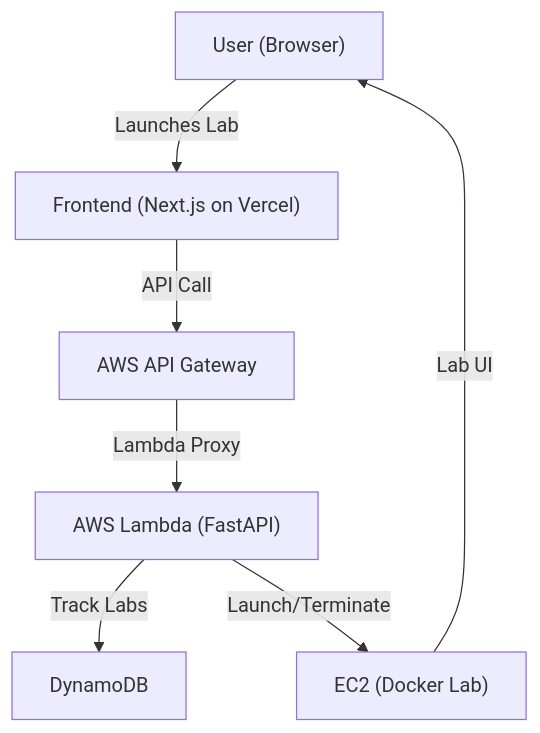
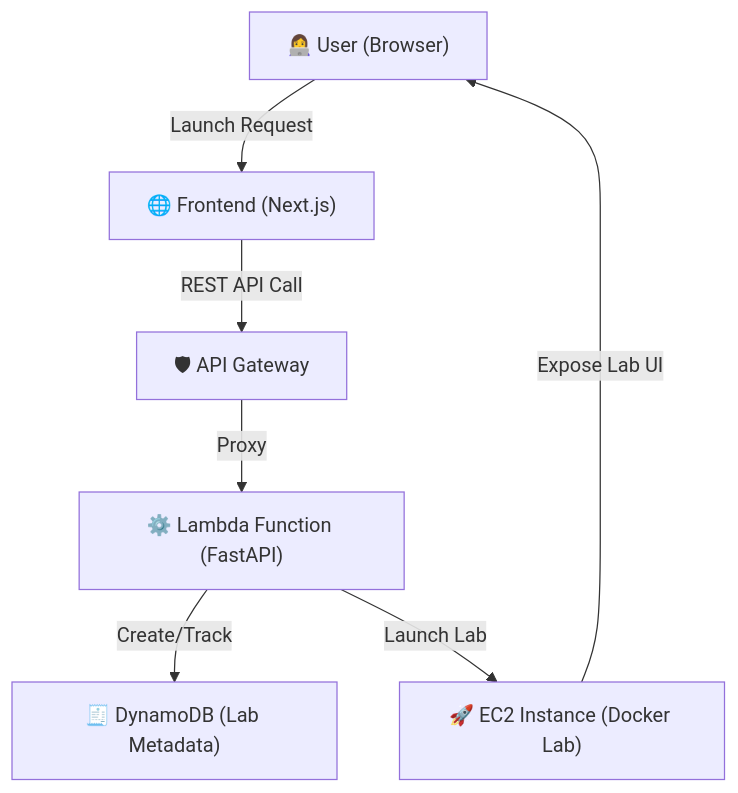
The diagram in README.md (kamathanirudh/labstack), drawn with Mermaid before and after one commit. The commit also changed other lines of this file, not shown here.

````diff
--- a/README.md
+++ b/README.md
@@ -25,9 +30,9 @@
 ```mermaid
 graph TD;
-  User["User (Browser)"] -->|Launches Lab| Vercel["Frontend (Next.js on Vercel)"]
-  Vercel -->|API Call| APIGW["AWS API Gateway"]
-  APIGW -->|Lambda Proxy| Lambda["AWS Lambda (FastAPI)"]
-  Lambda -->|Track Labs| DynamoDB["DynamoDB"]
-  Lambda -->|Launch/Terminate| EC2["EC2 (Docker Lab)"]
-  EC2 -->|Lab UI| User
+  User["👩‍💻 User (Browser)"] -->|Launch Request| Vercel["🌐 Frontend (Next.js)"];
+  Vercel -->|REST API Call| APIGW["🛡 API Gateway"];
+  APIGW -->|Proxy| Lambda["⚙️ Lambda Function (FastAPI)"];
+  Lambda -->|Create/Track| DynamoDB["🧾 DynamoDB (Lab Metadata)"];
+  Lambda -->|Launch Lab| EC2["🚀 EC2 Instance (Docker Lab)"];
+  EC2 -->|Expose Lab UI| User;
 ```
````
